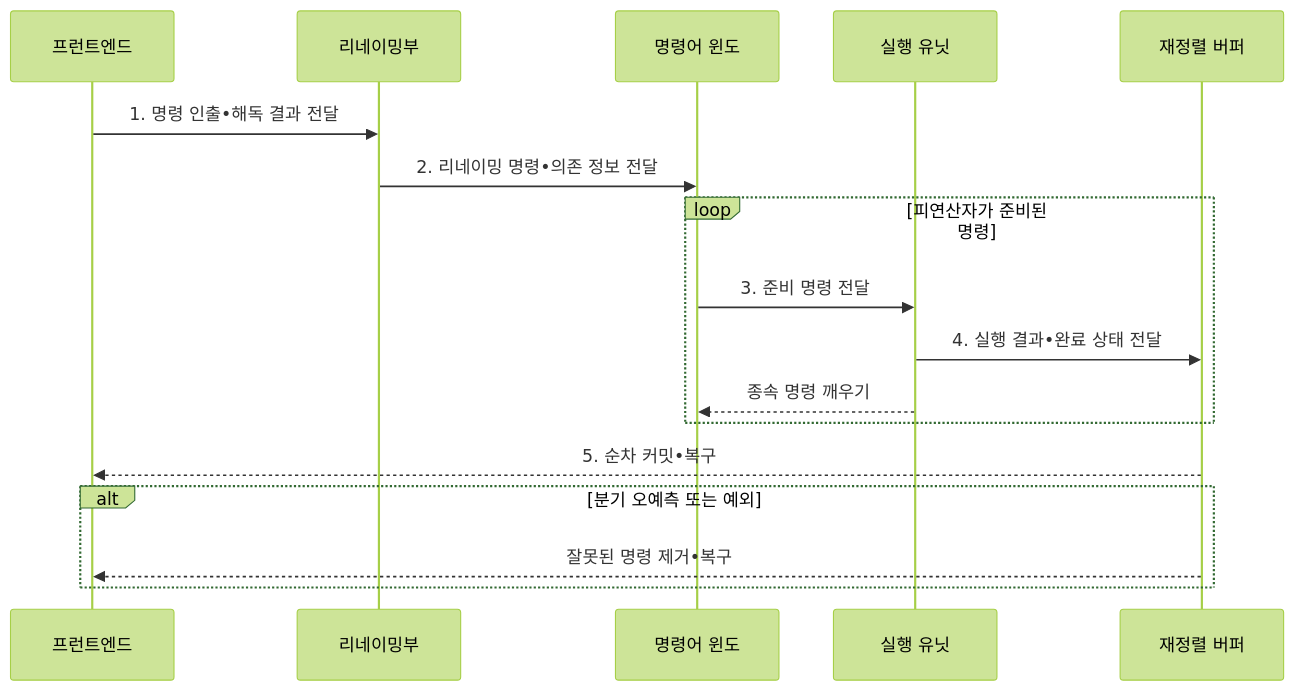
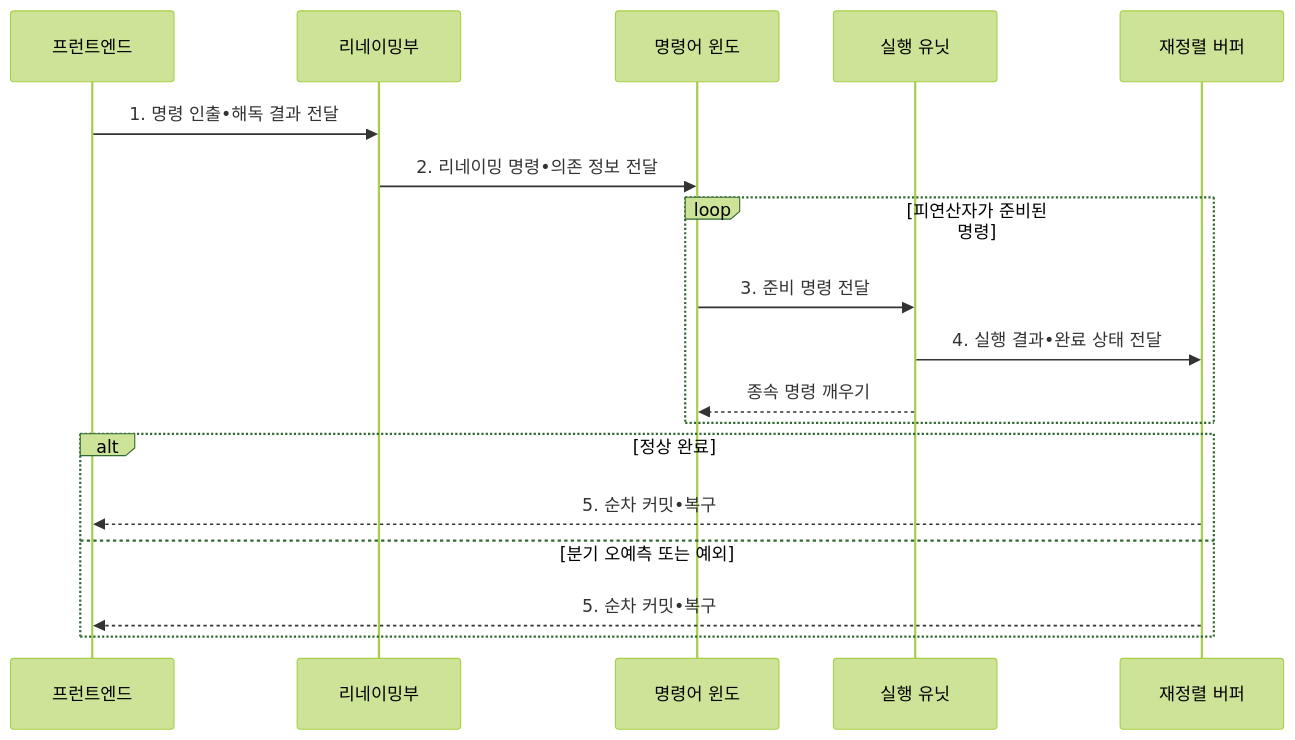
One commit to agnusdei1207/knowledge-base changed the second of 2 diagrams in src/content/docs/notes/02-hardware/009_instruction_level_parallelism.md. Above: the diagram before and after it, drawn with Mermaid (forest theme). The commit also changed other lines of this file and 10 other files, not shown here.

````diff
--- a/src/content/docs/notes/02-hardware/009_instruction_level_parallelism.md
+++ b/src/content/docs/notes/02-hardware/009_instruction_level_parallelism.md
@@ -102,20 +102,21 @@
 ```mermaid
 sequenceDiagram
     participant F as 프런트엔드
     participant N as 리네이밍부
     participant W as 명령어 윈도
     participant E as 실행 유닛
     participant R as 재정렬 버퍼
 
     F->>N: 1. 명령 인출•해독 결과 전달
     N->>W: 2. 리네이밍 명령•의존 정보 전달
     loop 피연산자가 준비된 명령
         W->>E: 3. 준비 명령 전달
         E->>R: 4. 실행 결과•완료 상태 전달
         E-->>W: 종속 명령 깨우기
     end
-    R-->>F: 5. 순차 커밋•복구
-    alt 분기 오예측 또는 예외
-        R-->>F: 잘못된 명령 제거•복구
+    alt 정상 완료
+        R-->>F: 5. 순차 커밋•복구
+    else 분기 오예측 또는 예외
+        R-->>F: 5. 순차 커밋•복구
     end
 ```
````
